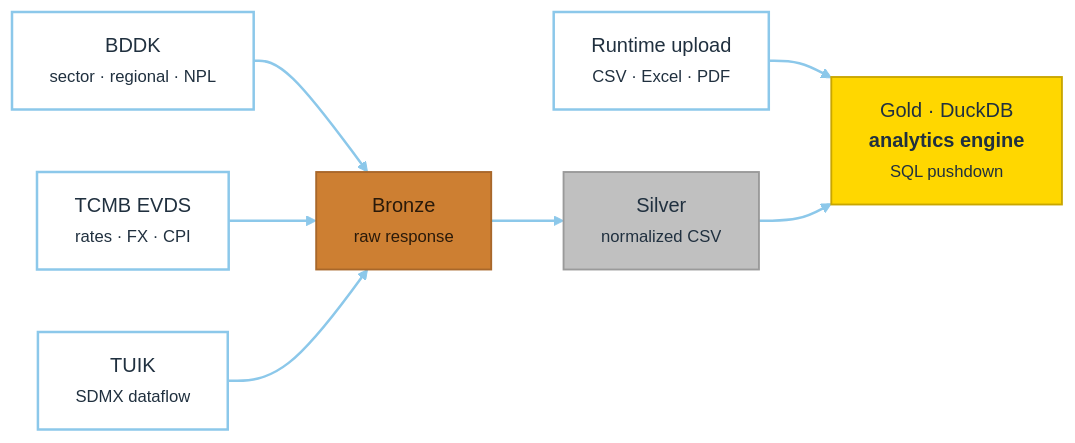
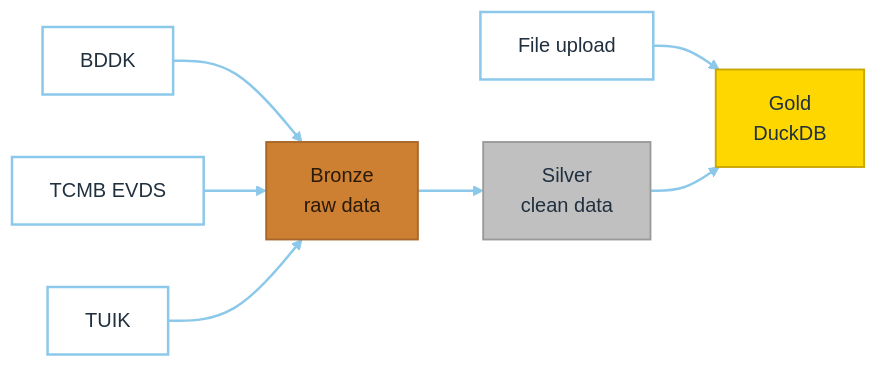
One commit to berataydemirr/albert-long-nodes-kkb-hackathon changed the first of 3 diagrams in README.md. Above: the diagram before and after it, drawn with Mermaid. The commit also changed other lines of this file, not shown here.

First line of the commit message:
Fix diagram text overflow and simplify architecture section to plain English

````diff
--- a/README.md
+++ b/README.md
@@ -41,27 +41,27 @@
 ```mermaid
 graph LR
   classDef src    fill:#ffffff,stroke:#8cc8ea,stroke-width:2px,color:#20303f
   classDef bronze fill:#cd7f32,stroke:#a8672a,stroke-width:1.5px,color:#2a1a0a
   classDef silver fill:#c0c0c0,stroke:#9a9a9a,stroke-width:1.5px,color:#20303f
   classDef gold   fill:#ffd700,stroke:#c9a600,stroke-width:1.5px,color:#20303f
 
-  A1["BDDK<br/><small>sector · regional · NPL</small>"]
-  A2["TCMB EVDS<br/><small>rates · FX · CPI</small>"]
-  A3["TUIK<br/><small>SDMX dataflow</small>"]
-  A4["Runtime upload<br/><small>CSV · Excel · PDF</small>"]
-  B1["Bronze<br/><small>raw response</small>"]
-  B2["Silver<br/><small>normalized CSV</small>"]
-  B3["Gold · DuckDB<br/><b>analytics engine</b><br/><small>SQL pushdown</small>"]
+  A1["BDDK"]
+  A2["TCMB EVDS"]
+  A3["TUIK"]
+  A4["File upload"]
+  B1["Bronze<br/>raw data"]
+  B2["Silver<br/>clean data"]
+  B3["Gold<br/>DuckDB"]
 
   A1 --> B1
   A2 --> B1
   A3 --> B1
   A4 --> B3
   B1 --> B2 --> B3
 
   class A1,A2,A3,A4 src
   class B1 bronze
   class B2 silver
   class B3 gold
   linkStyle default stroke:#8cc8ea,stroke-width:2px
 ```
````
